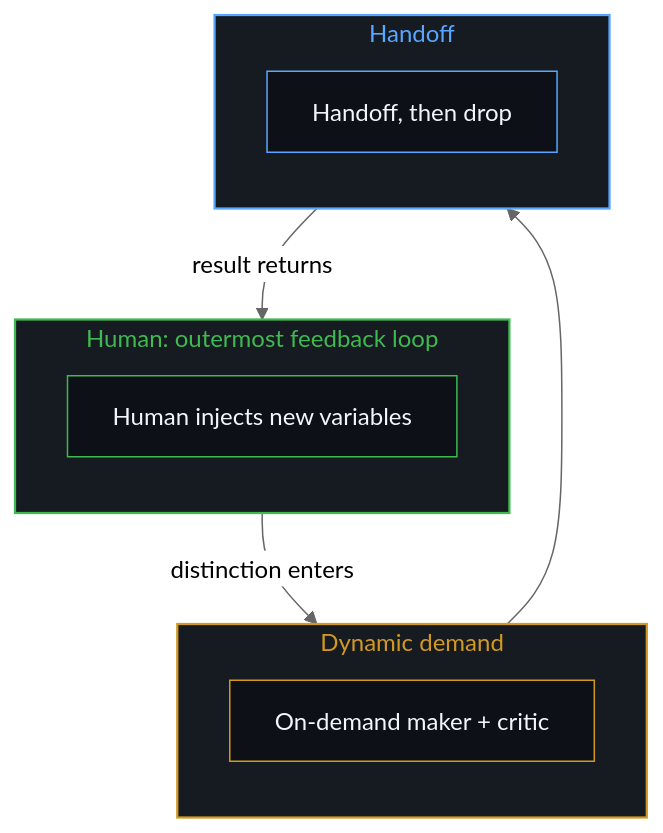
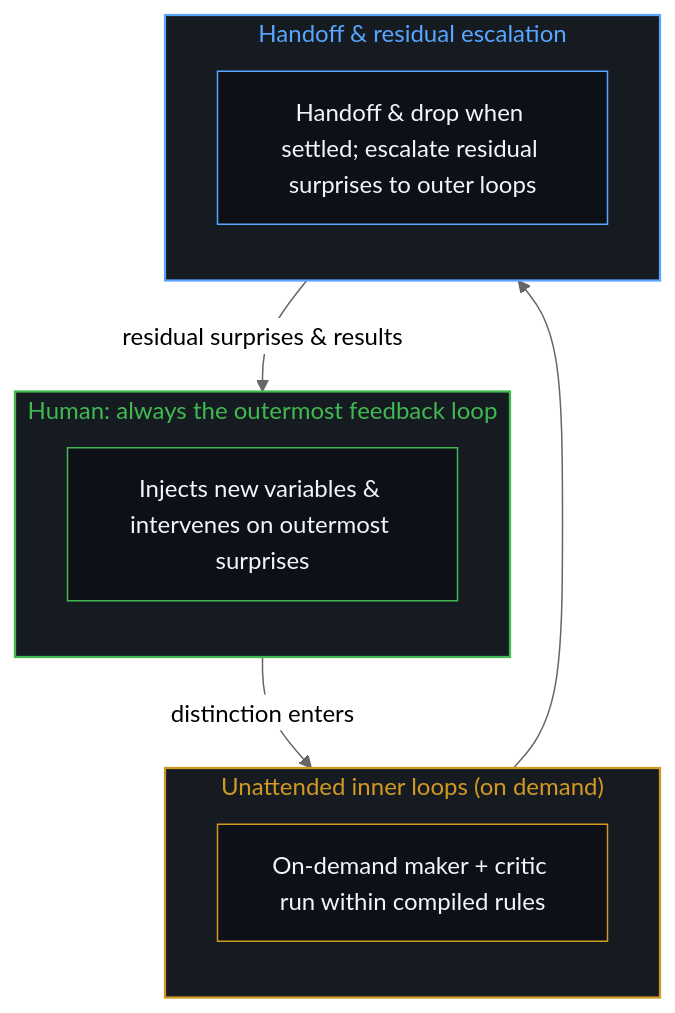
Before and after one commit to powerpig99/not-a-toe: the second of 2 diagrams in content/posts/the-illusion-of-multi-agent-collaboration.md, drawn with Mermaid (neutral theme). The commit also changed other lines of this file and 1 other file, not shown here.

Commit message:
Refine Section 4 of the-illusion-of-multi-agent-collaboration: human as always the outermost feedback loop and residual surprise escalation

````diff
--- a/content/posts/the-illusion-of-multi-agent-collaboration.md
+++ b/content/posts/the-illusion-of-multi-agent-collaboration.md
@@ -85,23 +85,23 @@
 ```mermaid
 flowchart TD
-    subgraph S_Human["Human: outermost feedback loop"]
+    subgraph S_Human["Human: always the outermost feedback loop"]
         direction TB
-        Human["Human injects new variables"]
+        Human["Injects new variables & intervenes on outermost surprises"]
     end
-    subgraph S_Demand["Dynamic demand"]
+    subgraph S_Demand["Unattended inner loops (on demand)"]
         direction TB
-        Demand["On-demand maker + critic"]
+        Demand["On-demand maker + critic run within compiled rules"]
     end
-    subgraph S_Handoff["Handoff"]
+    subgraph S_Handoff["Handoff & residual escalation"]
         direction TB
-        Handoff["Handoff, then drop"]
+        Handoff["Handoff & drop when settled; escalate residual surprises to outer loops"]
     end
     Human -->|"distinction enters"| Demand --> Handoff
-    Handoff -->|"result returns"| Human
+    Handoff -->|"residual surprises & results"| Human
     style S_Human fill:#161b22,stroke:#3fb950,stroke-width:1.5px,color:#3fb950
     style S_Demand fill:#161b22,stroke:#d29922,stroke-width:1.5px,color:#d29922
     style S_Handoff fill:#161b22,stroke:#58a6ff,stroke-width:1.5px,color:#58a6ff
     style Human fill:#0d1117,stroke:#3fb950,stroke-width:1px,color:#f0f6fc
     style Demand fill:#0d1117,stroke:#d29922,stroke-width:1px,color:#f0f6fc
     style Handoff fill:#0d1117,stroke:#58a6ff,stroke-width:1px,color:#f0f6fc
 ```
````
